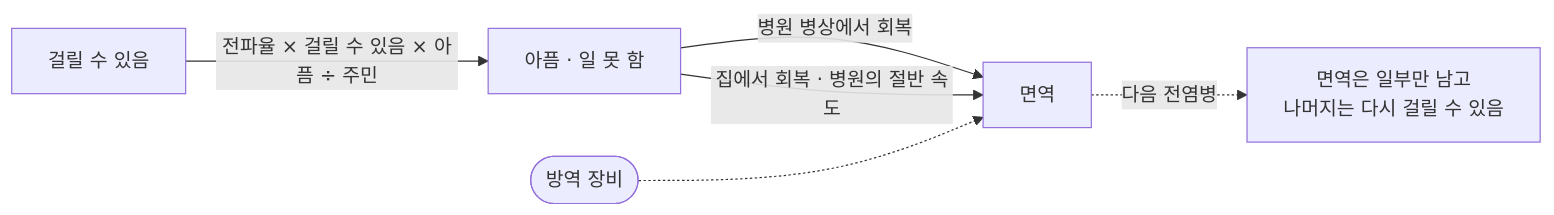
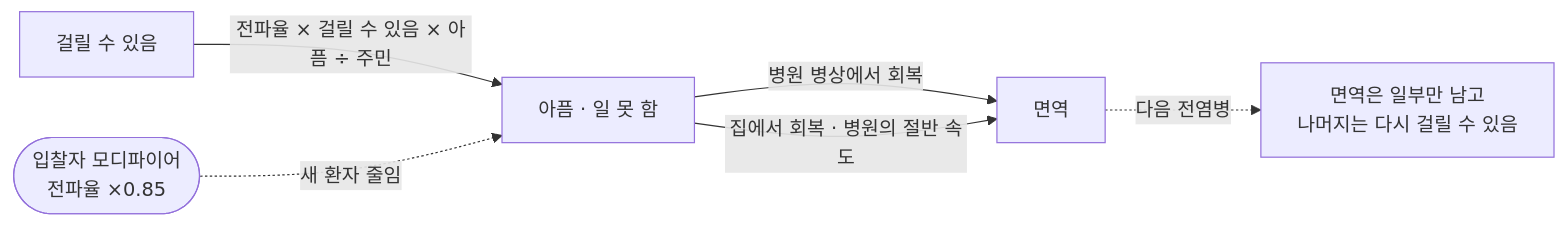
One commit to ashadeveloperr/ashadeveloperr.github.io changed the fifth of 5 diagrams in src/3-desert-settlement/기술문서.md. Above: the diagram before and after it, drawn with Mermaid. The commit also changed other lines of this file and 4 other files, not shown here.

````diff
--- a/src/3-desert-settlement/기술문서.md
+++ b/src/3-desert-settlement/기술문서.md
@@ -434,9 +434,9 @@
 ```mermaid
 flowchart LR
   %% 원본 Disasters.cs 209~231, 307~320
   S["걸릴 수 있음"] -->|"전파율 × 걸릴 수 있음 × 아픔 ÷ 주민"| I["아픔 · 일 못 함"]
   I -->|"병원 병상에서 회복"| R["면역"]
   I -->|"집에서 회복 · 병원의 절반 속도"| R
-  EQ(["방역 장비"]) -.-> R
+  MD(["입찰자 모디파이어<br/>전파율 ×0.85"]) -.->|"새 환자 줄임"| I
   R -.->|"다음 전염병"| NX["면역은 일부만 남고<br/>나머지는 다시 걸릴 수 있음"]
 ```
````
